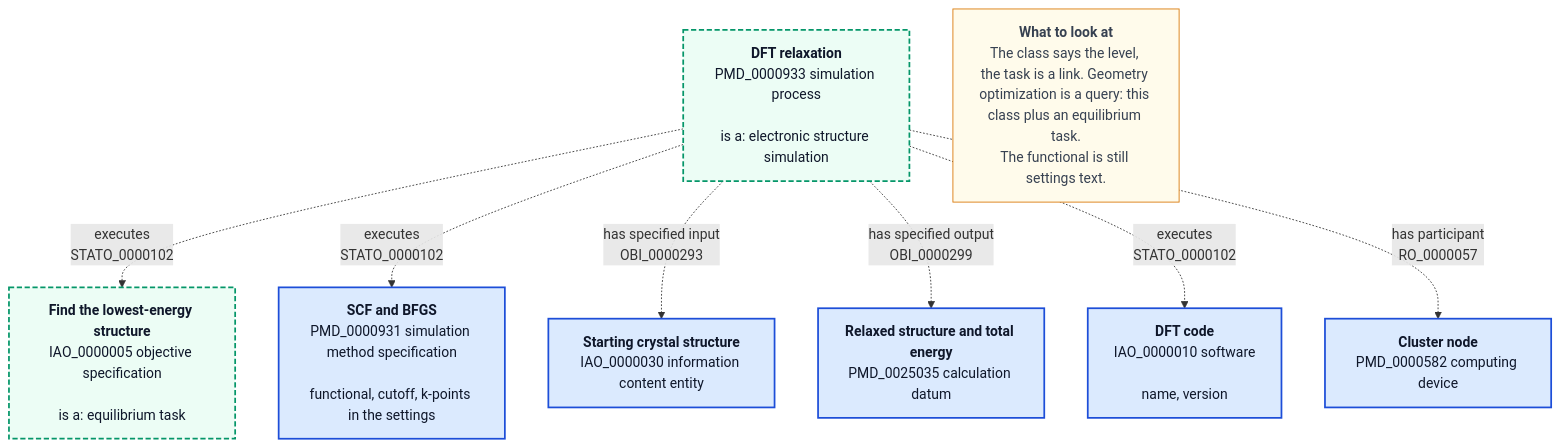
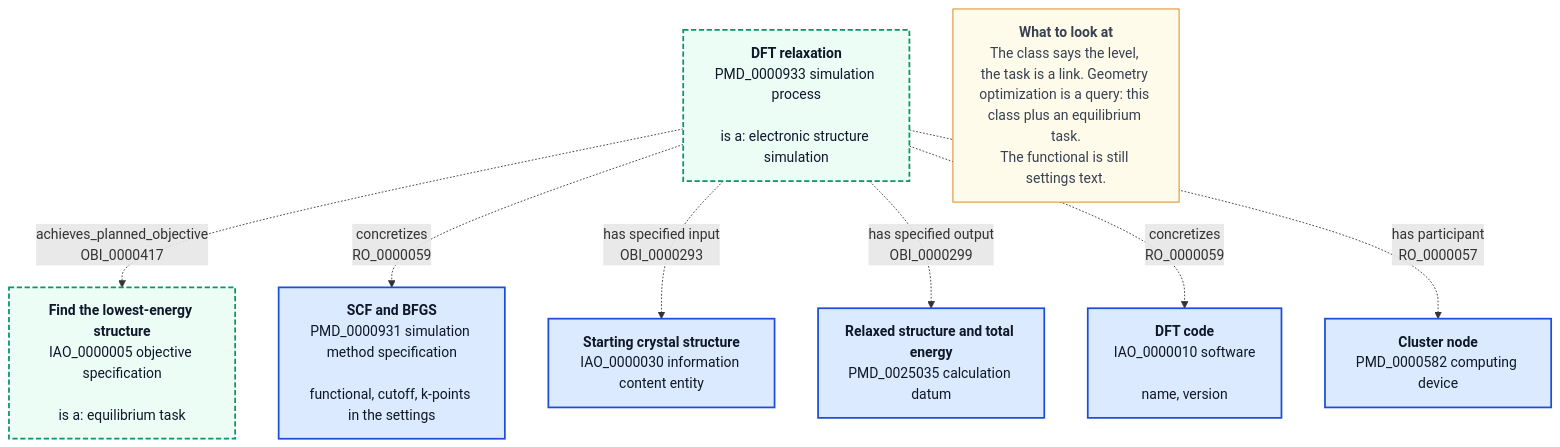
Before and after one commit to BAMresearch/mermantics: the diagram in web/options/c-model-level/dft.mmd, drawn with Mermaid. The commit also changed 17 other files, not shown here.

```diff
--- a/web/options/c-model-level/dft.mmd
+++ b/web/options/c-model-level/dft.mmd
@@ -1,26 +1,26 @@
 flowchart TB
 
 %% Option C. One axis, model level: DFT geometry optimization
 %% Materials science: a DFT geometry optimization (relaxation) of a crystal structure.
 
     Relaxation["<b>DFT relaxation</b><br>PMD_0000933 simulation process<br><br>is a: electronic structure simulation"]:::proposed
     Task["<b>Find the lowest-energy structure</b><br>IAO_0000005 objective specification<br><br>is a: equilibrium task"]:::proposed
     Solver["<b>SCF and BFGS</b><br>PMD_0000931 simulation method specification<br><br>functional, cutoff, k-points in the settings"]:::local
     Structure["<b>Starting crystal structure</b><br>IAO_0000030 information content entity"]:::local
     Relaxed["<b>Relaxed structure and total energy</b><br>PMD_0025035 calculation datum"]:::local
     Code["<b>DFT code</b><br>IAO_0000010 software<br><br>name, version"]:::local
     Node["<b>Cluster node</b><br>PMD_0000582 computing device"]:::local
     Note["<b>What to look at</b><br>The class says the level, the task is a link. Geometry optimization is a query: this class plus an equilibrium task.<br>The functional is still settings text."]:::note
 
-    Relaxation -. "executes<br>STATO_0000102" .-> Task
-    Relaxation -. "executes<br>STATO_0000102" .-> Solver
+    Relaxation -. "achieves_planned_objective<br>OBI_0000417" .-> Task
+    Relaxation -. "concretizes<br>RO_0000059" .-> Solver
     Relaxation -. "has specified input<br>OBI_0000293" .-> Structure
     Relaxation -. "has specified output<br>OBI_0000299" .-> Relaxed
-    Relaxation -. "executes<br>STATO_0000102" .-> Code
+    Relaxation -. "concretizes<br>RO_0000059" .-> Code
     Relaxation -. "has participant<br>RO_0000057" .-> Node
 
     classDef local fill:#dbeafe,stroke:#1d4ed8,stroke-width:2px,color:#0f172a
     classDef note fill:#fffbeb,stroke:#d97706,color:#374151
     classDef proposed fill:#ecfdf5,stroke:#059669,stroke-width:2px,stroke-dasharray:6 3,color:#0f172a
 
 %% mermantics-kinds {"Relaxation":"process","Task":"plan","Solver":"plan","Structure":"information","Relaxed":"data","Code":"software","Node":"device"}
```
